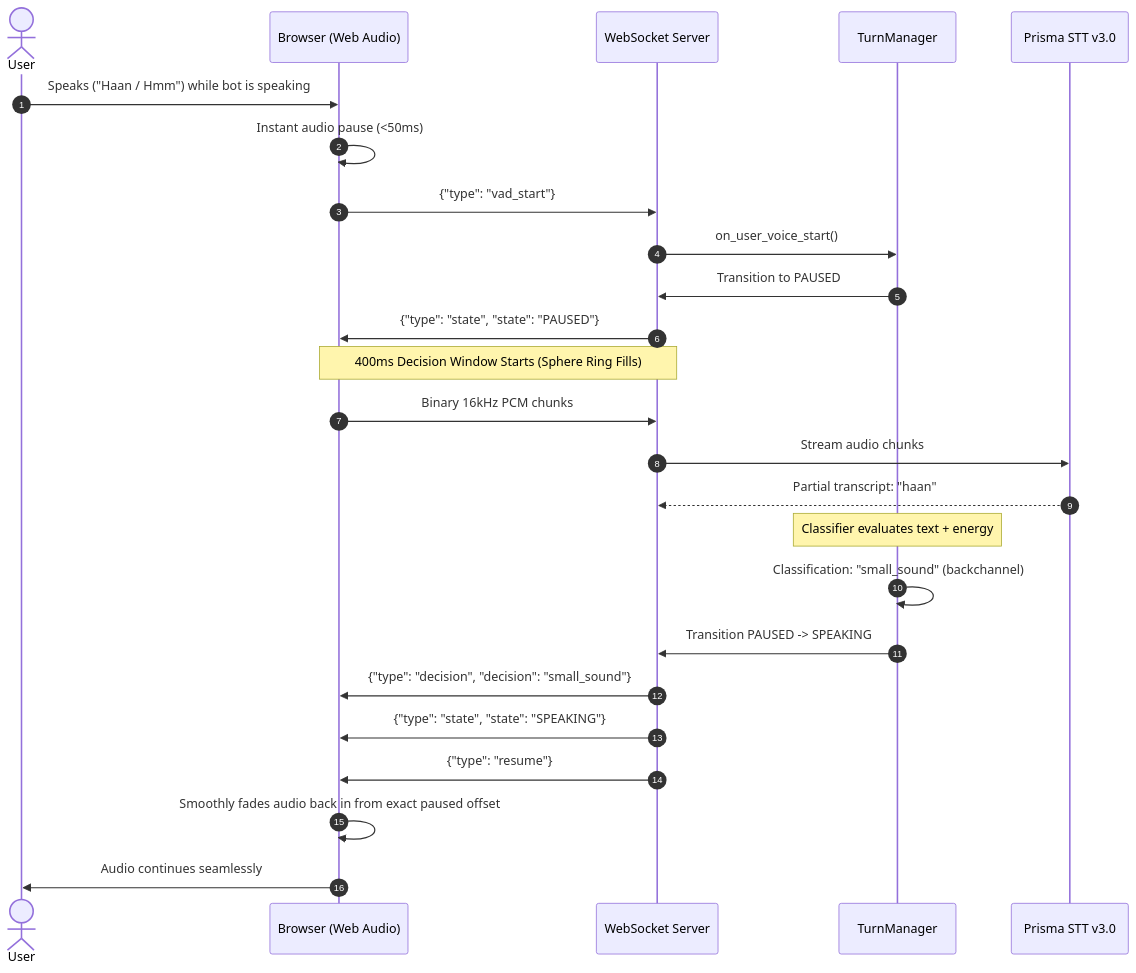
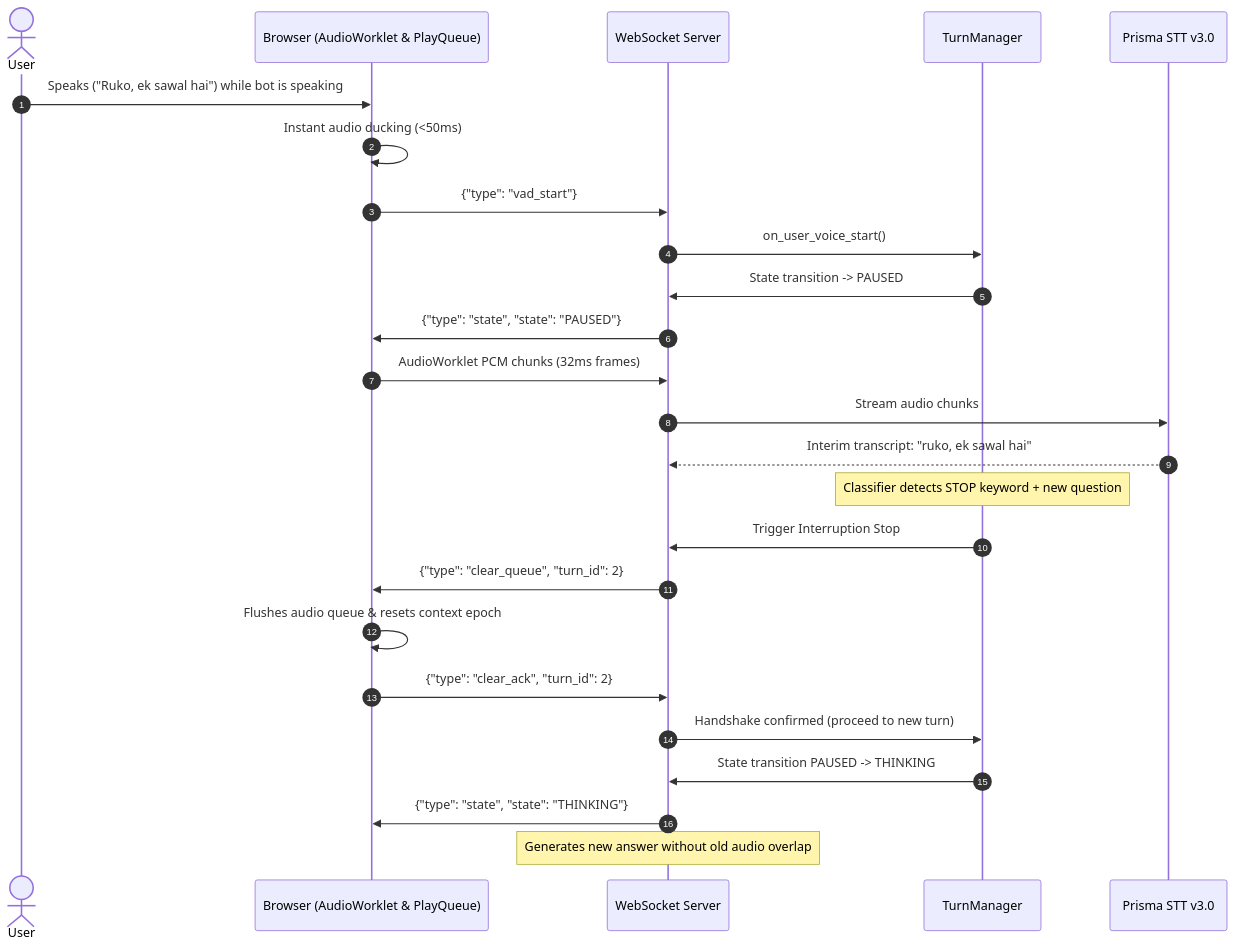
The third of 3 diagrams in README.md (NCive/Sunai), drawn with Mermaid before and after one commit. The commit also changed other lines of this file and 23 other files, not shown here.

````diff
--- a/README.md
+++ b/README.md
@@ -149,28 +164,28 @@
 ```mermaid
 sequenceDiagram
     autonumber
     actor User
-    participant Browser as Browser (Web Audio)
+    participant Browser as Browser (AudioWorklet & PlayQueue)
     participant WS as WebSocket Server
     participant TM as TurnManager
     participant Prisma as Prisma STT v3.0
 
-    User->>Browser: Speaks ("Haan / Hmm") while bot is speaking
-    Browser->>Browser: Instant audio pause (<50ms)
+    User->>Browser: Speaks ("Ruko, ek sawal hai") while bot is speaking
+    Browser->>Browser: Instant audio ducking (<50ms)
     Browser->>WS: {"type": "vad_start"}
     WS->>TM: on_user_voice_start()
-    TM->>WS: Transition to PAUSED
+    TM->>WS: State transition -> PAUSED
     WS->>Browser: {"type": "state", "state": "PAUSED"}
-    Note over Browser,WS: 400ms Decision Window Starts (Sphere Ring Fills)
-    Browser->>WS: Binary 16kHz PCM chunks
+    Browser->>WS: AudioWorklet PCM chunks (32ms frames)
     WS->>Prisma: Stream audio chunks
-    Prisma-->>WS: Partial transcript: "haan"
-    Note over TM: Classifier evaluates text + energy
-    TM->>TM: Classification: "small_sound" (backchannel)
-    TM->>WS: Transition PAUSED -> SPEAKING
-    WS->>Browser: {"type": "decision", "decision": "small_sound"}
-    WS->>Browser: {"type": "state", "state": "SPEAKING"}
-    WS->>Browser: {"type": "resume"}
-    Browser->>Browser: Smoothly fades audio back in from exact paused offset
-    Browser->>User: Audio continues seamlessly
+    Prisma-->>WS: Interim transcript: "ruko, ek sawal hai"
+    Note over TM: Classifier detects STOP keyword + new question
+    TM->>WS: Trigger Interruption Stop
+    WS->>Browser: {"type": "clear_queue", "turn_id": 2}
+    Browser->>Browser: Flushes audio queue & resets context epoch
+    Browser->>WS: {"type": "clear_ack", "turn_id": 2}
+    WS->>TM: Handshake confirmed (proceed to new turn)
+    TM->>WS: State transition PAUSED -> THINKING
+    WS->>Browser: {"type": "state", "state": "THINKING"}
+    Note over WS: Generates new answer without old audio overlap
 ```
````
